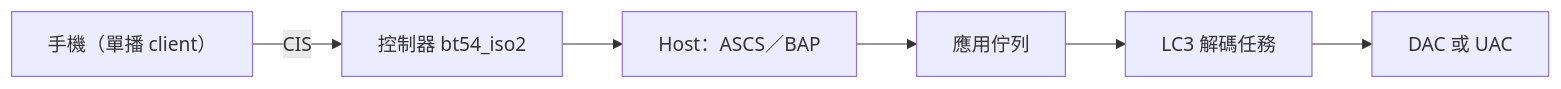
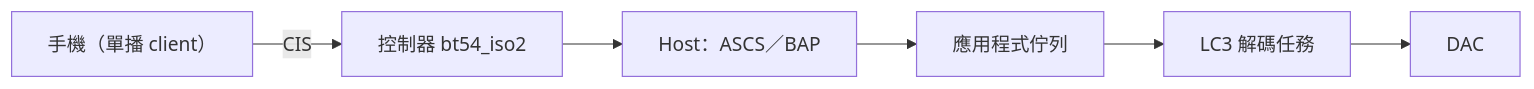
One commit to INTELPRO-INC/ipro-sdk-docs changed the second of 2 diagrams in docs/zh/guides/audio.md. Above: the diagram before and after it, drawn with Mermaid. The commit also changed other lines of this file and 182 other files, not shown here.

````diff
--- a/docs/zh/guides/audio.md
+++ b/docs/zh/guides/audio.md
@@ -146,8 +262,8 @@
 ```mermaid
 flowchart LR
   P["手機（單播 client）"] -->|"CIS"| C["控制器 bt54_iso2"]
   C --> H["Host：ASCS／BAP"]
-  H --> Q["應用佇列"]
+  H --> Q["應用程式佇列"]
   Q --> D["LC3 解碼任務"]
-  D --> O["DAC 或 UAC"]
+  D --> O["DAC"]
 ```
````
